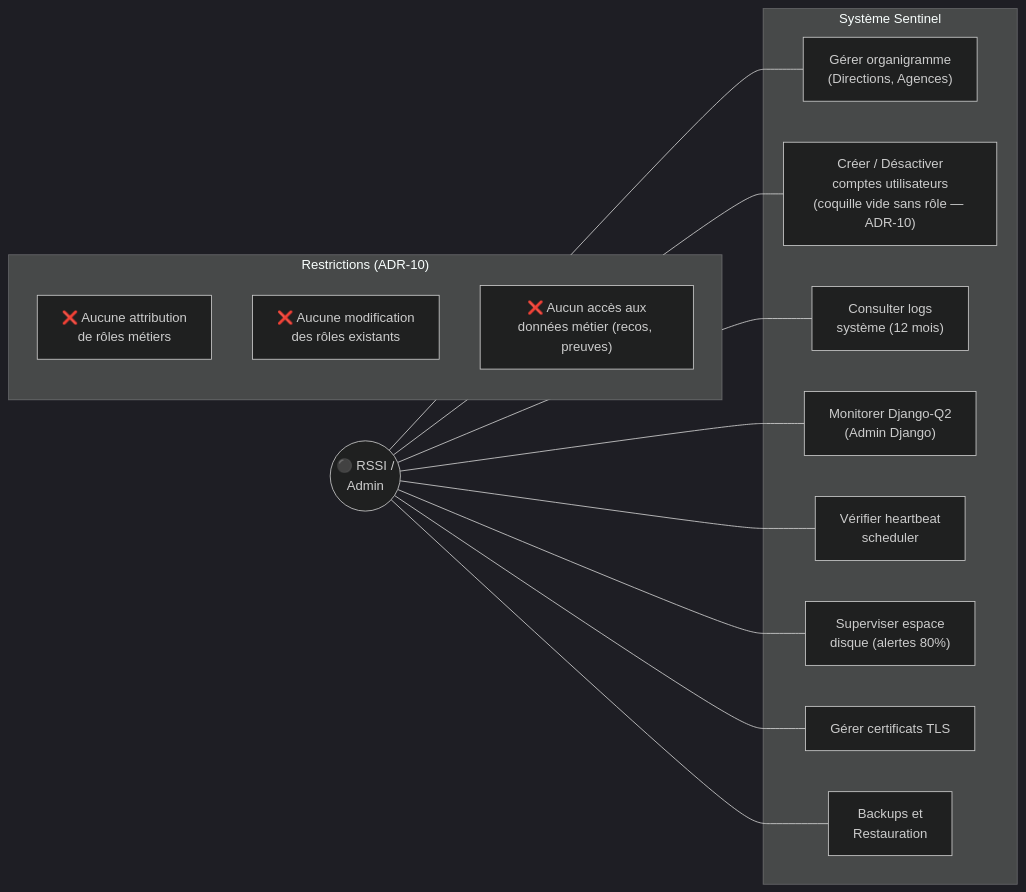
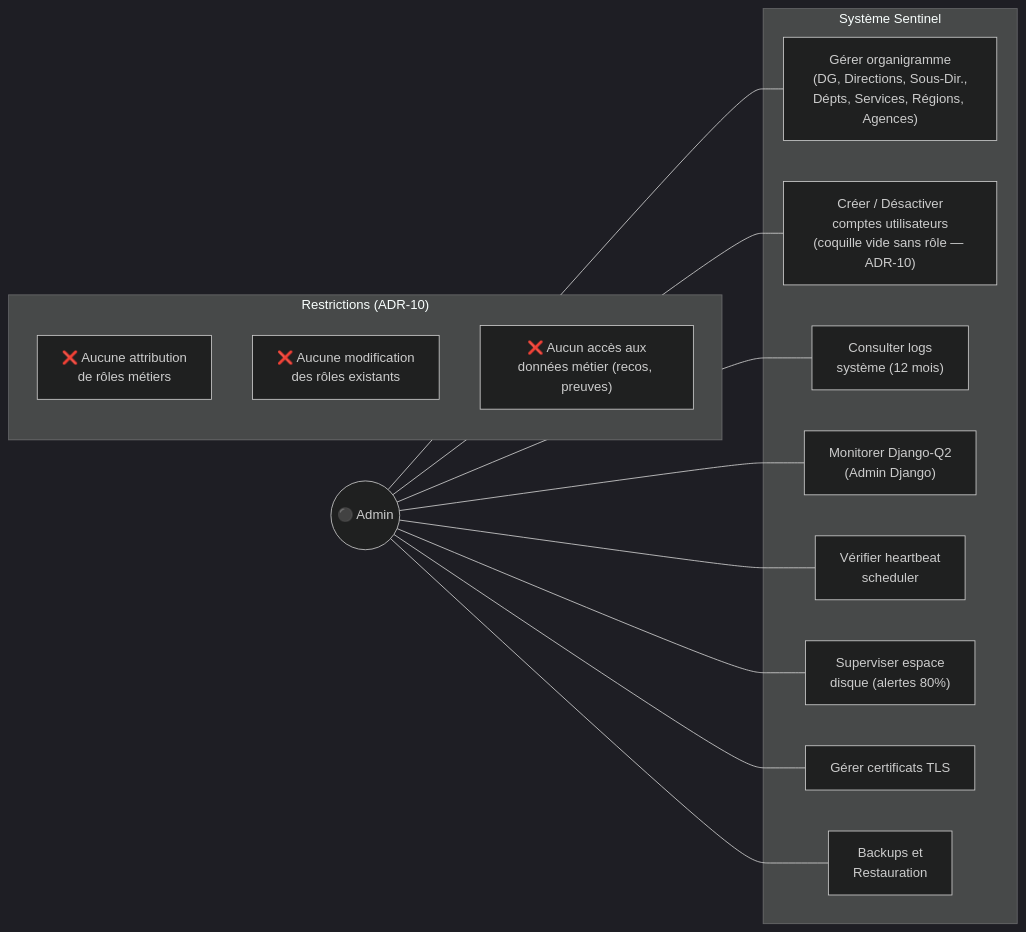
One commit to Tchendjou2003/bicec--Sentinel changed diagram 19 of 20 in _bmad-output/planning-artifacts/system-diagrams.md. Above: the diagram before and after it, drawn with Mermaid (dark theme). The commit also changed other lines of this file and 59 other files, not shown here.

````diff
--- a/_bmad-output/planning-artifacts/system-diagrams.md
+++ b/_bmad-output/planning-artifacts/system-diagrams.md
@@ -1037,30 +1037,30 @@
 ```mermaid
 flowchart LR
     subgraph "Système Sentinel"
-        UC1["Gérer organigramme\n(Directions, Agences)"]
+        UC1["Gérer organigramme\n(DG, Directions, Sous-Dir.,\nDépts, Services, Régions, Agences)"]
         UC2["Créer / Désactiver\ncomptes utilisateurs\n(coquille vide sans rôle — ADR-10)"]
         UC3["Consulter logs\nsystème (12 mois)"]
         UC4["Monitorer Django-Q2\n(Admin Django)"]
         UC5["Vérifier heartbeat\nscheduler"]
         UC6["Superviser espace\ndisque (alertes 80%)"]
         UC7["Gérer certificats TLS"]
         UC8["Backups et\nRestauration"]
     end
 
     subgraph "Restrictions (ADR-10)"
         R1["❌ Aucune attribution\nde rôles métiers"]
         R2["❌ Aucune modification\ndes rôles existants"]
         R3["❌ Aucun accès aux\ndonnées métier (recos, preuves)"]
     end
 
-    RSSI(("⚫ RSSI /\nAdmin"))
+    ADMIN(("⚫ Admin"))
 
-    RSSI --- UC1
-    RSSI --- UC2
-    RSSI --- UC3
-    RSSI --- UC4
-    RSSI --- UC5
-    RSSI --- UC6
-    RSSI --- UC7
-    RSSI --- UC8
+    ADMIN --- UC1
+    ADMIN --- UC2
+    ADMIN --- UC3
+    ADMIN --- UC4
+    ADMIN --- UC5
+    ADMIN --- UC6
+    ADMIN --- UC7
+    ADMIN --- UC8
 ```
````
